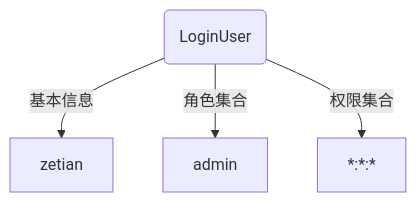
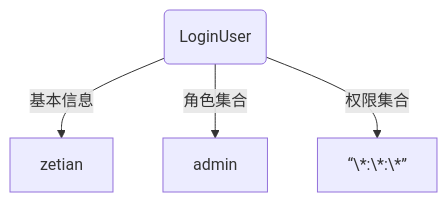
One commit to Zt2tzzt/dkd-parent changed the fourth of 5 diagrams in Note/27-原理篇-RBAC权限控制.md. Above: the diagram before and after it, drawn with Mermaid. The commit also changed other lines of this file and 2 other files, not shown here.

````diff
--- a/Note/27-原理篇-RBAC权限控制.md
+++ b/Note/27-原理篇-RBAC权限控制.md
@@ -301,6 +305,6 @@
 ```mermaid
 graph TD
 A(LoginUser) -->|基本信息| B[zetian]
     A -->|角色集合| C[admin]
-    A -->|权限集合| D[*:*:*]
+    A -->|权限集合| D[“\*:\*:\*”]
 ```
````
